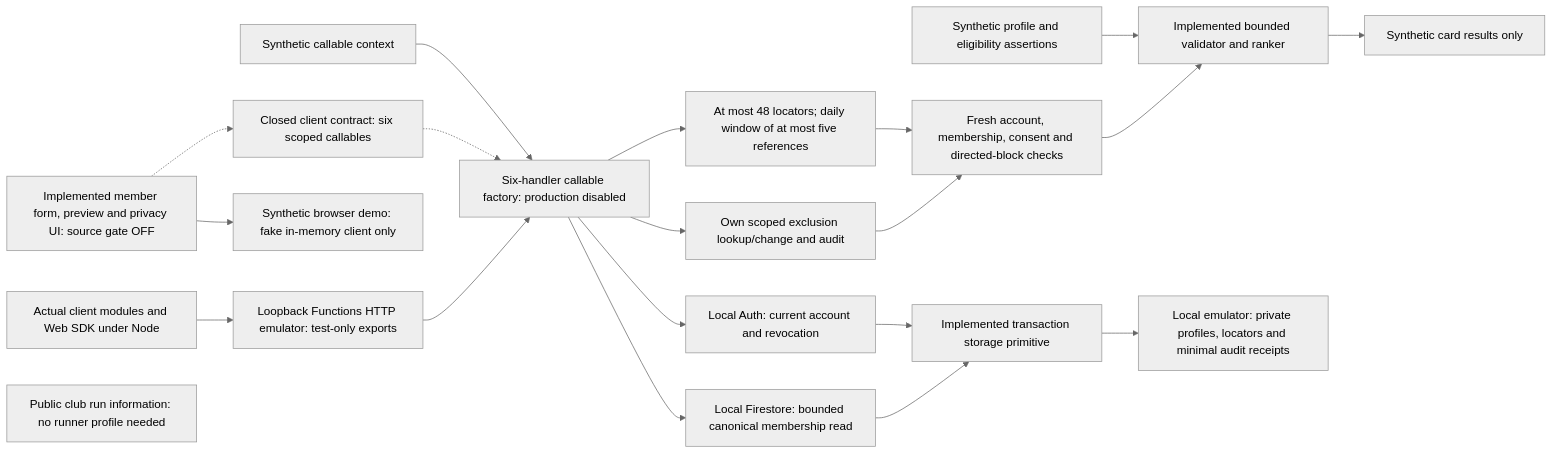
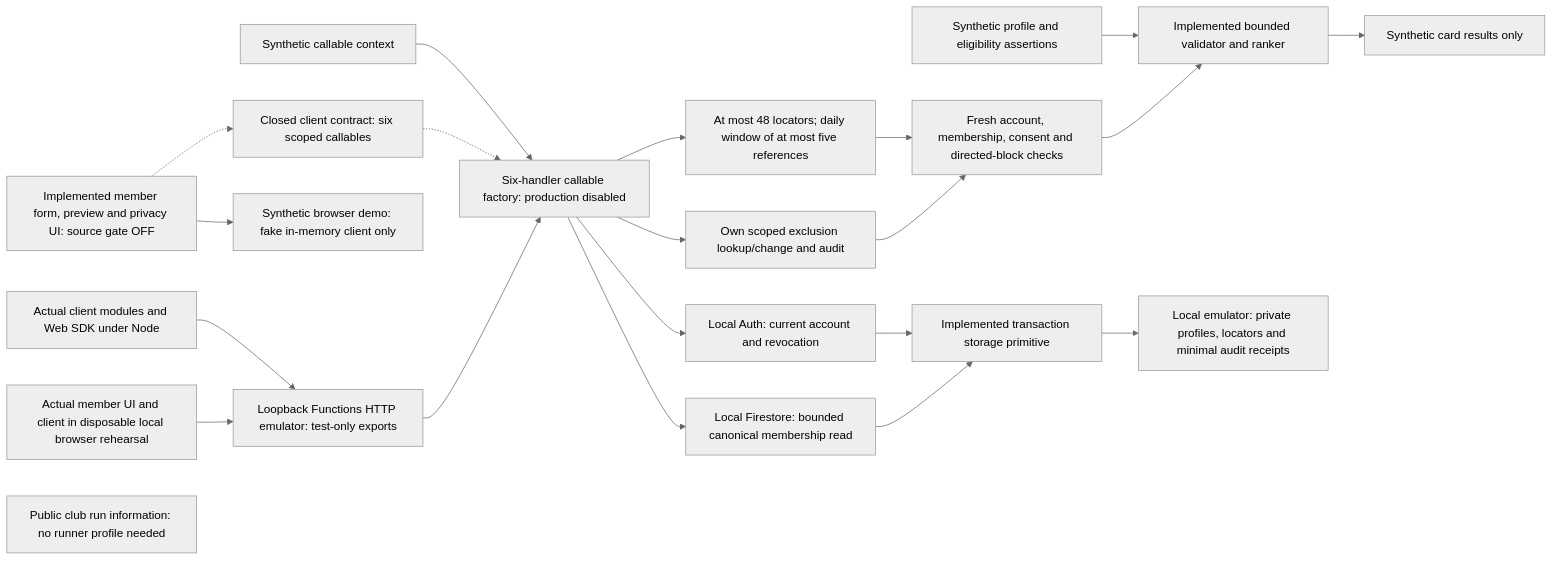
The diagram in docs/RUNNER_CONNECTIONS.md (Run-MPRC/Run-MPRC.github.io), drawn with Mermaid (neutral theme) before and after one commit. The commit also changed other lines of this file and 13 other files, not shown here.

````diff
--- a/docs/RUNNER_CONNECTIONS.md
+++ b/docs/RUNNER_CONNECTIONS.md
@@ -253,22 +253,23 @@
 ```mermaid
 flowchart LR
   Fixture["Synthetic profile and eligibility assertions"] --> Core["Implemented bounded validator and ranker"]
   Core --> Cards["Synthetic card results only"]
   Commands["Synthetic callable context"] --> Service["Six-handler callable factory: production disabled"]
   Service --> Auth["Local Auth: current account and revocation"]
   Service --> Membership["Local Firestore: bounded canonical membership read"]
   Auth --> Store["Implemented transaction storage primitive"]
   Membership --> Store
   Store --> Private["Local emulator: private profiles, locators and minimal audit receipts"]
   Service --> Window["At most 48 locators; daily window of at most five references"]
   Window --> Recheck["Fresh account, membership, consent and directed-block checks"]
   Recheck --> Core
   Service --> Controls["Own scoped exclusion lookup/change and audit"]
   Controls --> Recheck
   UI["Implemented member form, preview and privacy UI: source gate OFF"] -.-> Client["Closed client contract: six scoped callables"]
   Client -.-> Service
   UI --> Demo["Synthetic browser demo: fake in-memory client only"]
   HTTP["Actual client modules and Web SDK under Node"] --> Emulators["Loopback Functions HTTP emulator: test-only exports"]
+  ConnectedBrowser["Actual member UI and client in disposable local browser rehearsal"] --> Emulators
   Emulators --> Service
   Public["Public club run information: no runner profile needed"]
 ```
````
